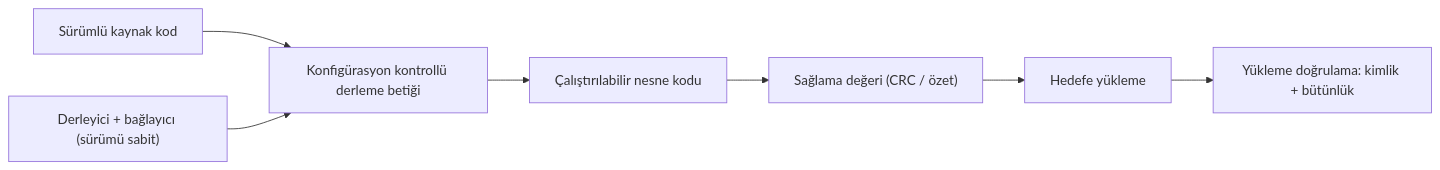
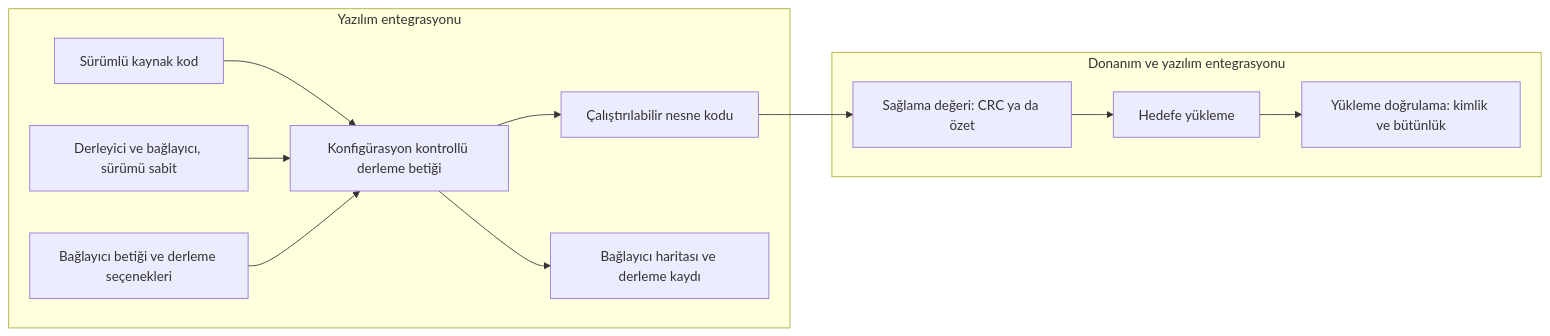
Before and after one commit to Mavrikant/aviyonikyazilim: the diagram in kitap/03-do178c-ile-gelistirme/08-yazilim-gerceklestirme-kodlama-entegrasyon.md, drawn with Mermaid. The commit also changed other lines of this file and 35 other files, not shown here.

````diff
--- a/kitap/03-do178c-ile-gelistirme/08-yazilim-gerceklestirme-kodlama-entegrasyon.md
+++ b/kitap/03-do178c-ile-gelistirme/08-yazilim-gerceklestirme-kodlama-entegrasyon.md
@@ -257,9 +412,15 @@
 ```mermaid
 flowchart LR
-    K["Sürümlü kaynak kod"] --> D["Konfigürasyon kontrollü derleme betiği"]
-    A["Derleyici + bağlayıcı (sürümü sabit)"] --> D
-    D --> N["Çalıştırılabilir nesne kodu"]
-    N --> S["Sağlama değeri (CRC / özet)"]
-    S --> Y["Hedefe yükleme"]
-    Y --> DK["Yükleme doğrulama: kimlik + bütünlük"]
+    subgraph S1["Yazılım entegrasyonu"]
+        K["Sürümlü kaynak kod"] --> D["Konfigürasyon kontrollü derleme betiği"]
+        A["Derleyici ve bağlayıcı, sürümü sabit"] --> D
+        B["Bağlayıcı betiği ve derleme seçenekleri"] --> D
+        D --> N["Çalıştırılabilir nesne kodu"]
+        D --> H["Bağlayıcı haritası ve derleme kaydı"]
+    end
+    subgraph S2["Donanım ve yazılım entegrasyonu"]
+        S["Sağlama değeri: CRC ya da özet"] --> Y["Hedefe yükleme"]
+        Y --> DK["Yükleme doğrulama: kimlik ve bütünlük"]
+    end
+    N --> S
 ```
````
